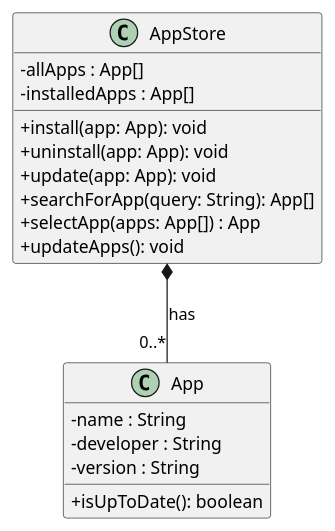
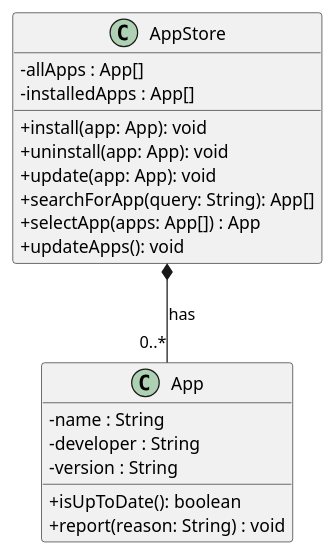
Before and after one commit to notfirefox/swea-project: the diagram in src/appstore_classdiagram.puml, drawn with PlantUML.

Commit message:
Update class diagram

```diff
--- a/src/appstore_classdiagram.puml
+++ b/src/appstore_classdiagram.puml
@@ -1,26 +1,27 @@
 @startuml
 
 skinparam classAttributeIconSize 0
 
 class App {
     -name : String
     -developer : String
     -version : String
     +isUpToDate(): boolean
+    +report(reason: String) : void
 }
 
 class AppStore {
     -allApps : App[]
     -installedApps : App[]
 
     +install(app: App): void
     +uninstall(app: App): void
     +update(app: App): void
     +searchForApp(query: String): App[]
     +selectApp(apps: App[]) : App
     +updateApps(): void
 }
 
 AppStore *-- "0..*" App : has
 
 @enduml
```
